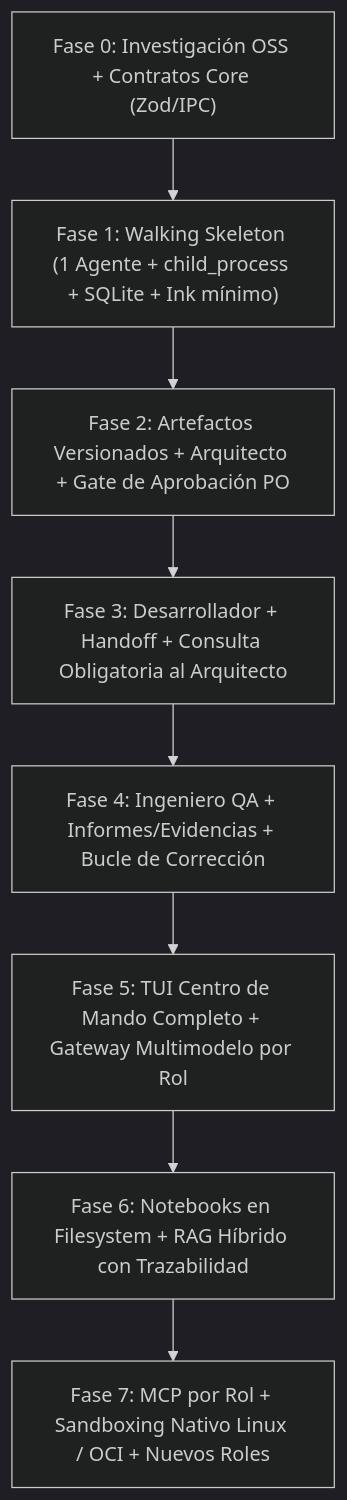
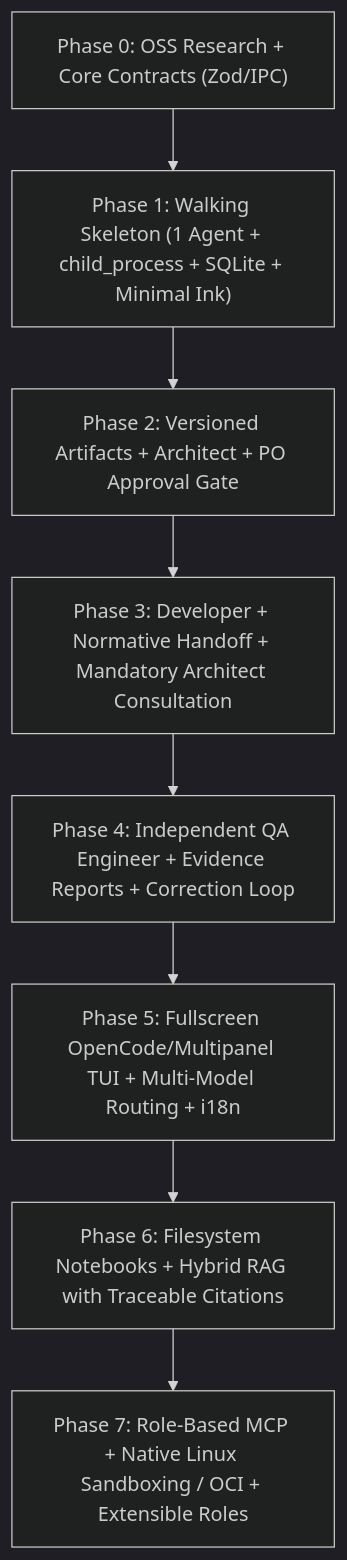
The diagram in agents/IMPLEMENTATION_PLAN.md (artificial-intelligence-engineering/pocli), drawn with Mermaid (dark theme) before and after one commit. The commit also changed other lines of this file and 15 other files, not shown here.

````diff
--- a/agents/IMPLEMENTATION_PLAN.md
+++ b/agents/IMPLEMENTATION_PLAN.md
@@ -12,10 +12,10 @@
 ```mermaid
 flowchart TD
-    F0["Fase 0: Investigación OSS + Contratos Core (Zod/IPC)"] --> F1["Fase 1: Walking Skeleton (1 Agente + child_process + SQLite + Ink mínimo)"]
-    F1 --> F2["Fase 2: Artefactos Versionados + Arquitecto + Gate de Aprobación PO"]
-    F2 --> F3["Fase 3: Desarrollador + Handoff + Consulta Obligatoria al Arquitecto"]
-    F3 --> F4["Fase 4: Ingeniero QA + Informes/Evidencias + Bucle de Corrección"]
-    F4 --> F5["Fase 5: TUI Centro de Mando Completo + Gateway Multimodelo por Rol"]
-    F5 --> F6["Fase 6: Notebooks en Filesystem + RAG Híbrido con Trazabilidad"]
-    F6 --> F7["Fase 7: MCP por Rol + Sandboxing Nativo Linux / OCI + Nuevos Roles"]
+    F0["Phase 0: OSS Research + Core Contracts (Zod/IPC)"] --> F1["Phase 1: Walking Skeleton (1 Agent + child_process + SQLite + Minimal Ink)"]
+    F1 --> F2["Phase 2: Versioned Artifacts + Architect + PO Approval Gate"]
+    F2 --> F3["Phase 3: Developer + Normative Handoff + Mandatory Architect Consultation"]
+    F3 --> F4["Phase 4: Independent QA Engineer + Evidence Reports + Correction Loop"]
+    F4 --> F5["Phase 5: Fullscreen OpenCode/Multipanel TUI + Multi-Model Routing + i18n"]
+    F5 --> F6["Phase 6: Filesystem Notebooks + Hybrid RAG with Traceable Citations"]
+    F6 --> F7["Phase 7: Role-Based MCP + Native Linux Sandboxing / OCI + Extensible Roles"]
 ```
````
